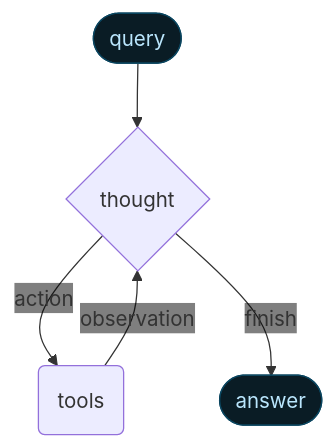
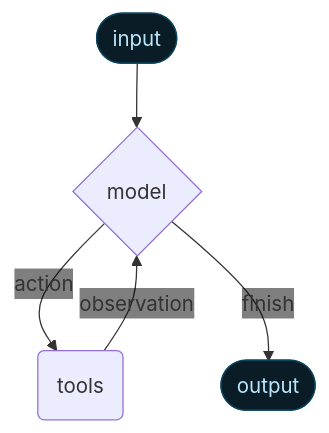
The first of 3 diagrams in src/oss/langchain/agents.mdx (wpbarco/docs), drawn with Mermaid before and after one commit. The commit also changed other lines of this file and 5 other files, not shown here.

````diff
--- a/src/oss/langchain/agents.mdx
+++ b/src/oss/langchain/agents.mdx
@@ -22,28 +21,28 @@
 ```mermaid
 %%{
   init: {
     "fontFamily": "monospace",
     "flowchart": {
       "curve": "curve"
     },
     "themeVariables": {"edgeLabelBackground": "transparent"}
   }
 }%%
 graph TD
   %% Outside the agent
-  QUERY([query])
-  LLM{thought}
+  QUERY([input])
+  LLM{model}
   TOOL(tools)
-  ANSWER([answer])
+  ANSWER([output])
 
   %% Main flows (no inline labels)
   QUERY --> LLM
   LLM --"action"--> TOOL
   TOOL --"observation"--> LLM
   LLM --"finish"--> ANSWER
 
   classDef blueHighlight fill:#0a1c25,stroke:#0a455f,color:#bae6fd;
   classDef greenHighlight fill:#0b1e1a,stroke:#0c4c39,color:#9ce4c4;
   class QUERY blueHighlight;
   class ANSWER blueHighlight;
 ```
````
